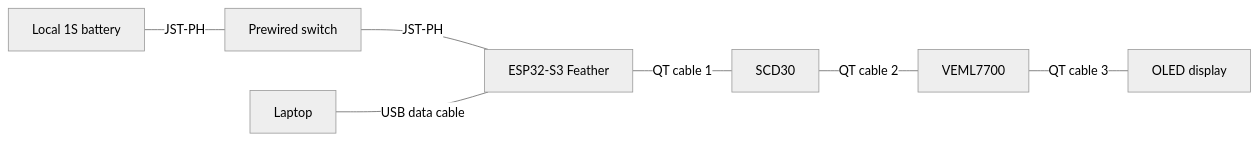
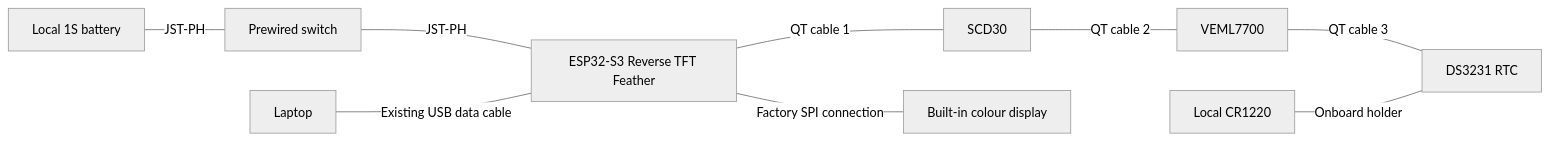
The diagram in hardware/BOM.md (erezfeuer/sensor-workshop), drawn with Mermaid (neutral theme) before and after one commit. The commit also changed other lines of this file and 7 other files, not shown here.

Commit message:
Select integrated TFT Feather and prepare distributor BOM imports

````diff
--- a/hardware/BOM.md
+++ b/hardware/BOM.md
@@ -47,9 +57,11 @@
 ```mermaid
 flowchart LR
-    F[ESP32-S3 Feather] ---|QT cable 1| C[SCD30]
+    F[ESP32-S3 Reverse TFT Feather] ---|QT cable 1| C[SCD30]
     C ---|QT cable 2| L[VEML7700]
-    L ---|QT cable 3| D[OLED display]
+    L ---|QT cable 3| R[DS3231 RTC]
+    F ---|Factory SPI connection| D[Built-in colour display]
     B[Local 1S battery] ---|JST-PH| S[Prewired switch]
     S ---|JST-PH| F
-    U[Laptop] ---|USB data cable| F
+    U[Laptop] ---|Existing USB data cable| F
+    K[Local CR1220] ---|Onboard holder| R
 ```
````
